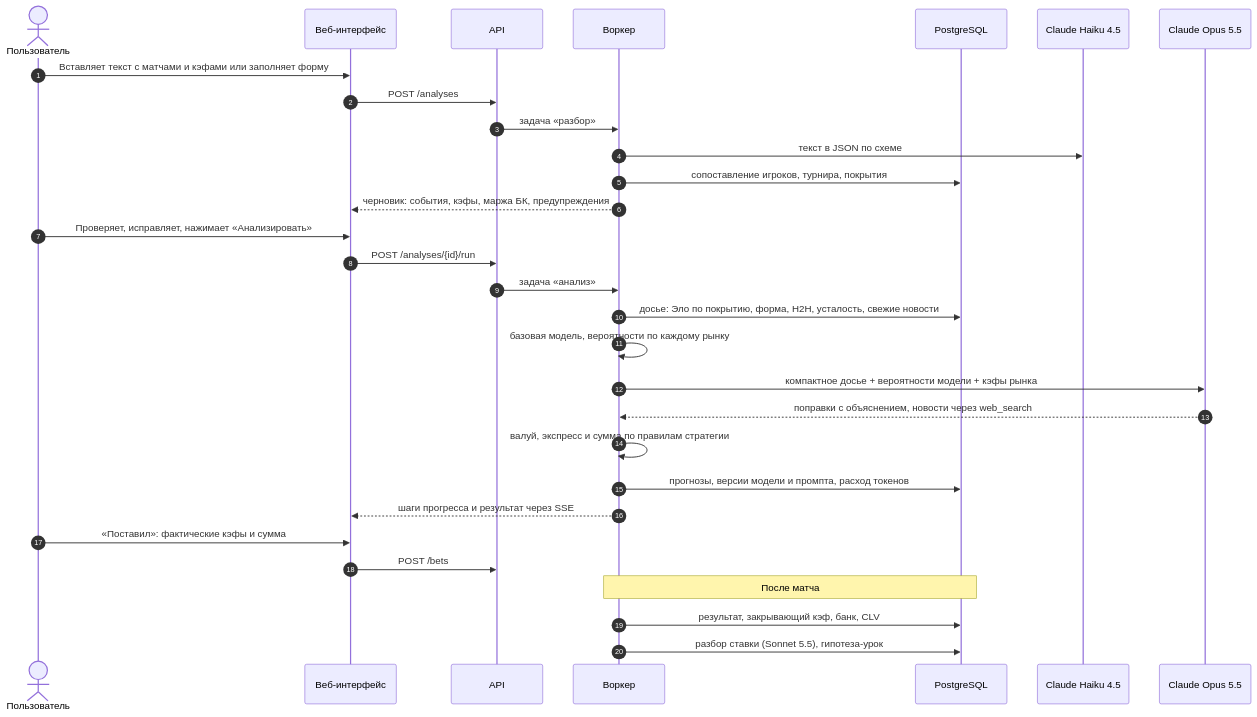
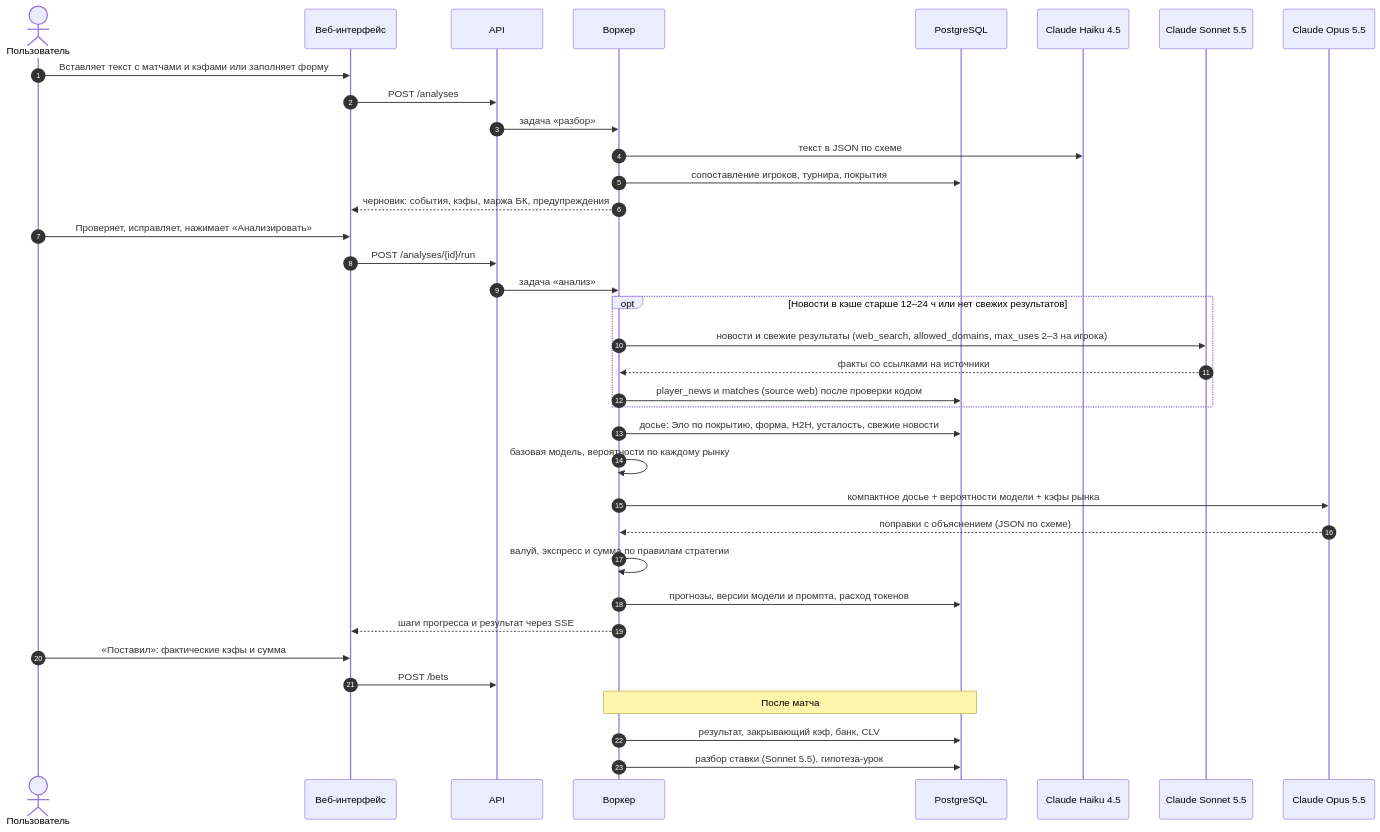
One commit to rvburov/ai_agent_capper changed the second of 3 diagrams in docs/PLAN.md. Above: the diagram before and after it, drawn with Mermaid. The commit also changed other lines of this file and 1 other file, not shown here.

Commit message:
Документы: правки по итогам проверки фактов (в работе)

````diff
--- a/docs/PLAN.md
+++ b/docs/PLAN.md
@@ -189,32 +189,38 @@
 ```mermaid
 sequenceDiagram
   autonumber
   actor U as Пользователь
   participant UI as Веб-интерфейс
   participant API as API
   participant WK as Воркер
   participant DB as PostgreSQL
   participant H as Claude Haiku 4.5
+  participant S as Claude Sonnet 5.5
   participant O as Claude Opus 5.5
   U->>UI: Вставляет текст с матчами и кэфами или заполняет форму
   UI->>API: POST /analyses
   API->>WK: задача «разбор»
   WK->>H: текст в JSON по схеме
   WK->>DB: сопоставление игроков, турнира, покрытия
   WK-->>UI: черновик: события, кэфы, маржа БК, предупреждения
   U->>UI: Проверяет, исправляет, нажимает «Анализировать»
   UI->>API: POST /analyses/{id}/run
   API->>WK: задача «анализ»
+  opt Новости в кэше старше 12–24 ч или нет свежих результатов
+    WK->>S: новости и свежие результаты (web_search, allowed_domains, max_uses 2–3 на игрока)
+    S-->>WK: факты со ссылками на источники
+    WK->>DB: player_news и matches (source web) после проверки кодом
+  end
   WK->>DB: досье: Эло по покрытию, форма, H2H, усталость, свежие новости
   WK->>WK: базовая модель, вероятности по каждому рынку
   WK->>O: компактное досье + вероятности модели + кэфы рынка
-  O-->>WK: поправки с объяснением, новости через web_search
+  O-->>WK: поправки с объяснением (JSON по схеме)
   WK->>WK: валуй, экспресс и сумма по правилам стратегии
   WK->>DB: прогнозы, версии модели и промпта, расход токенов
   WK-->>UI: шаги прогресса и результат через SSE
   U->>UI: «Поставил»: фактические кэфы и сумма
   UI->>API: POST /bets
   Note over WK,DB: После матча
   WK->>DB: результат, закрывающий кэф, банк, CLV
   WK->>DB: разбор ставки (Sonnet 5.5), гипотеза-урок
 ```
````
